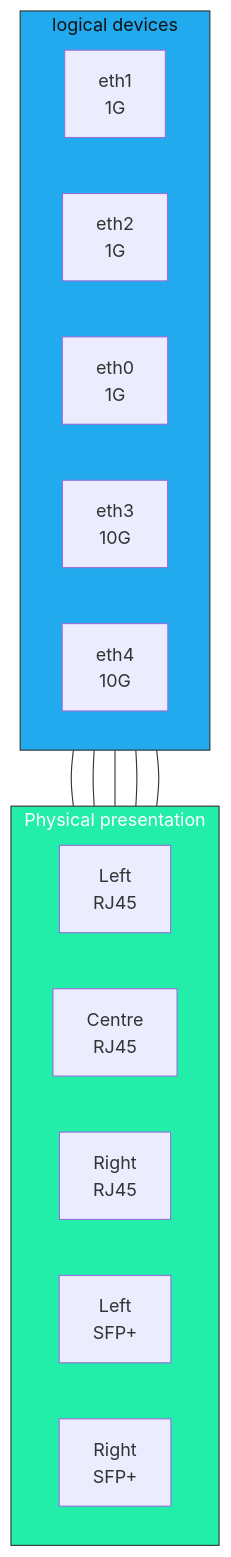
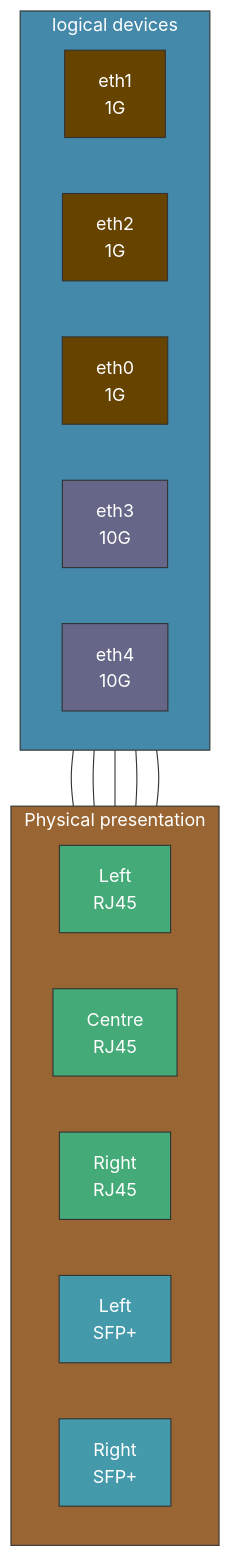
Before and after one commit to Daegara/vyos-ls1046a-build: the fourth of 5 diagrams in HARDWARE.md, drawn with Mermaid. The commit also changed other lines of this file, not shown here.

````diff
--- a/HARDWARE.md
+++ b/HARDWARE.md
@@ -149,26 +179,36 @@
 ```mermaid
 flowchart TB
   subgraph LDEV ["logical devices"]
     direction LR
     L1["eth1\n1G"]
     L2["eth2\n1G"]
     L0["eth0\n1G"]
     L3["eth3\n10G"]
     L4["eth4\n10G"]
   end
 
   subgraph PDEV ["Physical presentation"]
     direction LR
     G0["Left\nRJ45"] & G1["Centre\nRJ45"] & G2["Right\nRJ45"]
     S1["Left\nSFP+"] & S2["Right\nSFP+"]
   end
 
   L1 --- G0
   L2 --- G1
   L0 --- G2
   L3 --- S1
   L4 --- S2
 
-  style LDEV fill:#2ae,stroke:#333,color:#111
-  style PDEV fill:#2ea,stroke:#333,color:#fff
+  style LDEV fill:#48a,stroke:#333,color:#fff
+  style PDEV fill:#963,stroke:#333,color:#fff
+  style L1 fill:#640,stroke:#333,color:#fff
+  style L2 fill:#640,stroke:#333,color:#fff
+  style L0 fill:#640,stroke:#333,color:#fff
+  style L3 fill:#668,stroke:#333,color:#fff
+  style L4 fill:#668,stroke:#333,color:#fff  
+  style G0 fill:#4a7,stroke:#333,color:#fff
+  style G1 fill:#4a7,stroke:#333,color:#fff
+  style G2 fill:#4a7,stroke:#333,color:#fff
+  style S1 fill:#49a,stroke:#333,color:#fff
+  style S2 fill:#49a,stroke:#333,color:#fff
 ```
````
